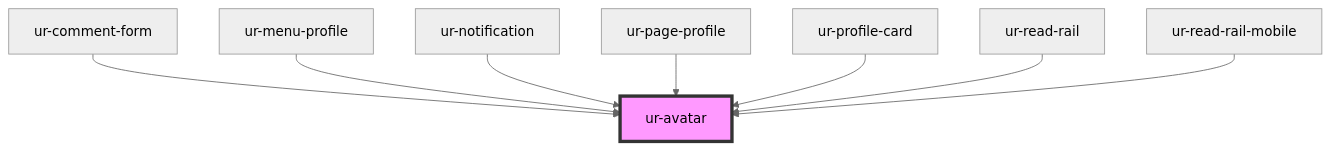
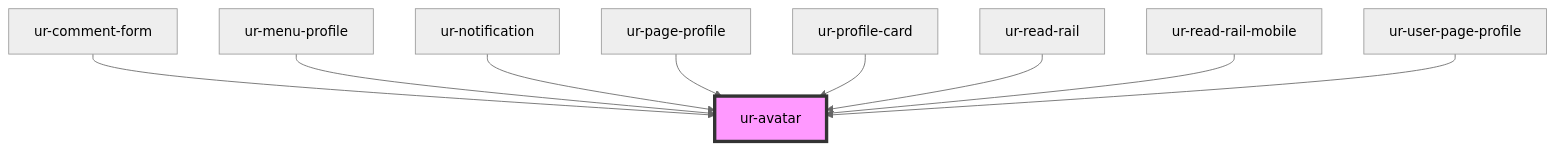
One commit to hellish/urnovl-web-components changed the diagram in src/components/ur-avatar/readme.md. Above: the diagram before and after it, drawn with Mermaid (neutral theme). The commit also changed other lines of this file and 15 other files, not shown here.

Commit message:
Fix user profile fix page profile

````diff
--- a/src/components/ur-avatar/readme.md
+++ b/src/components/ur-avatar/readme.md
@@ -32,11 +33,12 @@
 ```mermaid
 graph TD;
   ur-comment-form --> ur-avatar
   ur-menu-profile --> ur-avatar
   ur-notification --> ur-avatar
   ur-page-profile --> ur-avatar
   ur-profile-card --> ur-avatar
   ur-read-rail --> ur-avatar
   ur-read-rail-mobile --> ur-avatar
+  ur-user-page-profile --> ur-avatar
   style ur-avatar fill:#f9f,stroke:#333,stroke-width:4px
 ```
````
